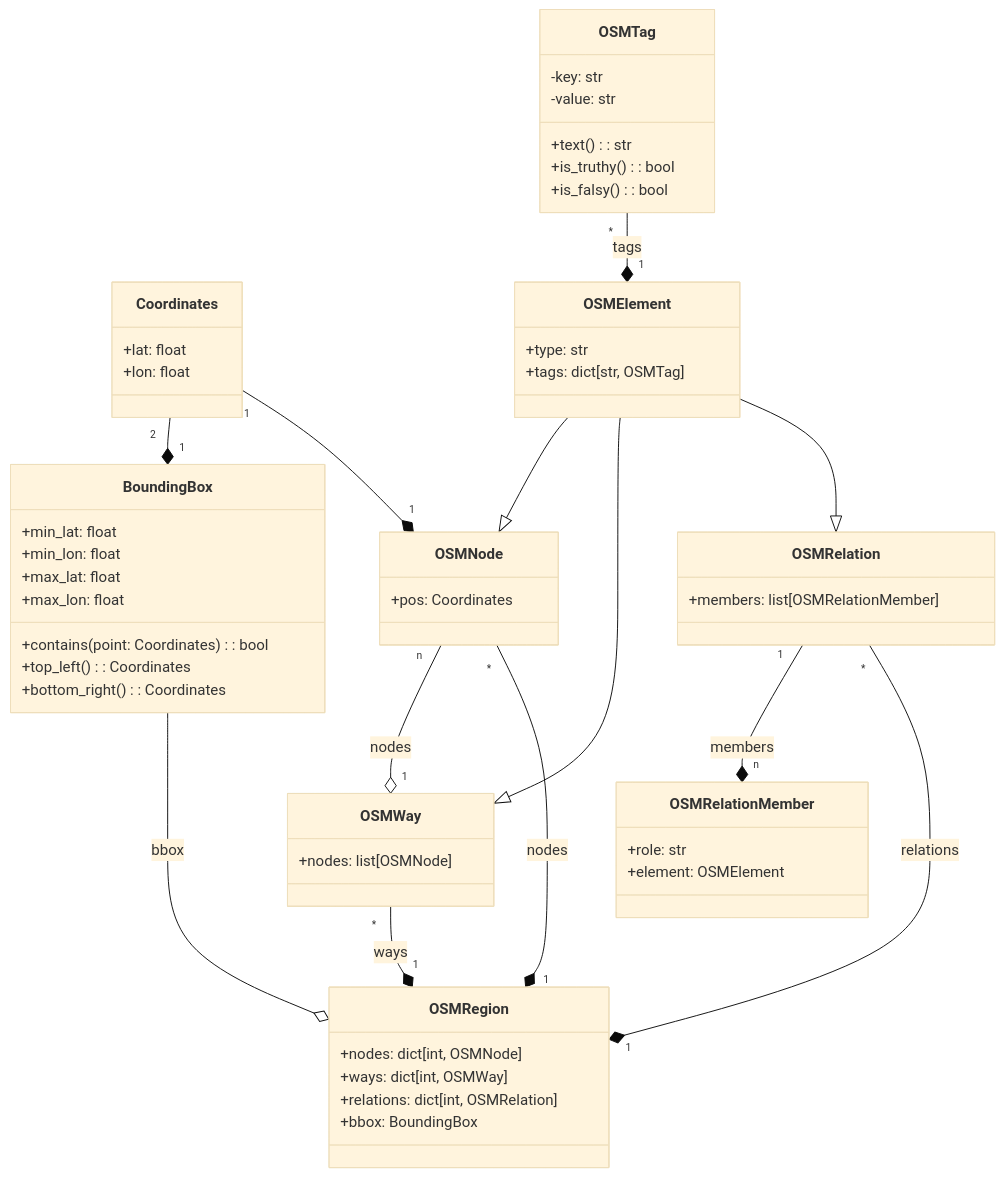
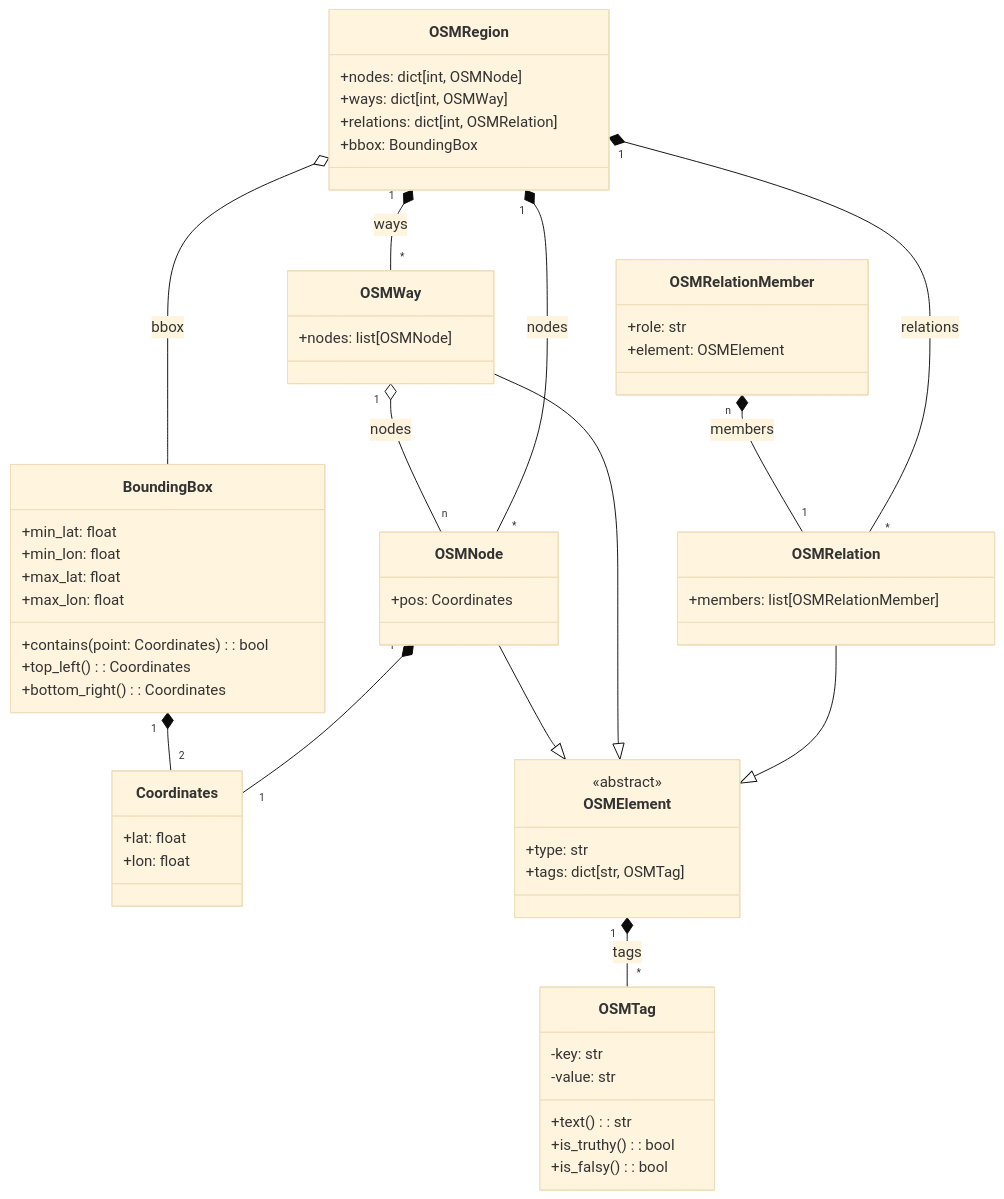
One commit to RandomSearch18/a-level-project changed the fourth of 5 diagrams in docs/readme.md. Above: the diagram before and after it, drawn with Mermaid (base theme). The commit also changed other lines of this file, not shown here.

Commit message:
Class diagrams for routing: +

````diff
--- a/docs/readme.md
+++ b/docs/readme.md
@@ -1122,68 +1122,69 @@
 ```mermaid
 classDiagram
-direction BT
+direction TB
 class Coordinates {
   +lat: float
   +lon: float
 }
 
 BoundingBox "1" *-- "2" Coordinates
 class BoundingBox {
   +min_lat: float
   +min_lon: float
   +max_lat: float
   +max_lon: float
   +contains(point: Coordinates): bool
   +top_left(): Coordinates
   +bottom_right(): Coordinates
 }
 
 class OSMTag {
   -key: str
   -value: str
   +text(): str
   +is_truthy(): bool
   +is_falsy(): bool
 }
 
 OSMElement "1" *-- "*" OSMTag : tags
 class OSMElement {
+  <<abstract>>
   +type: str
   +tags: dict[str, OSMTag]
 }
 
-OSMNode <|-- OSMElement
+OSMNode --|> OSMElement
 OSMNode "1" *-- "1" Coordinates
 class OSMNode {
   +pos: Coordinates
 }
 
-OSMWay <|-- OSMElement
+OSMWay --|> OSMElement
 OSMWay "1" o-- "n" OSMNode : nodes
 class OSMWay {
   +nodes: list[OSMNode]
 }
 
 OSMRelationMember "n" *-- "1" OSMRelation : members
 class OSMRelationMember {
   +role: str
   +element: OSMElement
 }
 
-OSMRelation <|-- OSMElement
+OSMRelation --|> OSMElement
 class OSMRelation {
   +members: list[OSMRelationMember]
 }
 
 %% OSMRegion "1" o-- "*" OSMElement : nodes, ways, relations
 OSMRegion "1" *-- "*" OSMNode : nodes
 OSMRegion "1" *-- "*" OSMWay : ways
 OSMRegion "1" *-- "*" OSMRelation : relations
 OSMRegion o-- BoundingBox : bbox
 class OSMRegion {
   +nodes: dict[int, OSMNode]
   +ways: dict[int, OSMWay]
   +relations: dict[int, OSMRelation]
   +bbox: BoundingBox
 }
 ```
````
